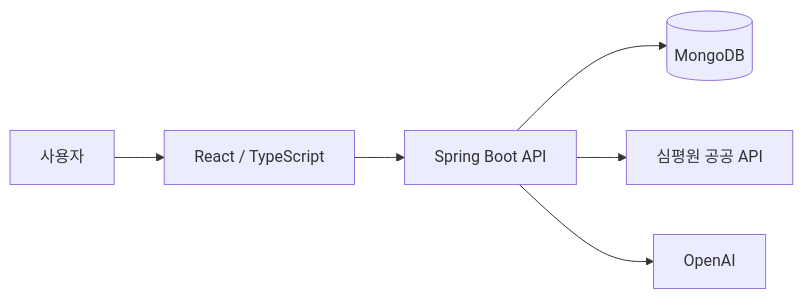
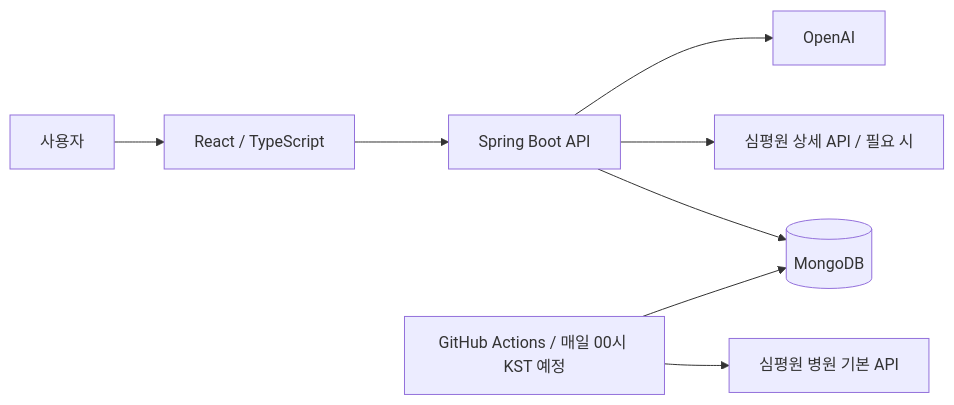
One commit to DavidPark04/hospital-reservation changed the diagram in README.md. Above: the diagram before and after it, drawn with Mermaid. The commit also changed other lines of this file and 19 other files, not shown here.

````diff
--- a/README.md
+++ b/README.md
@@ -60,8 +61,10 @@
 ```mermaid
 flowchart LR
     User[사용자] --> FE[React / TypeScript]
     FE --> BE[Spring Boot API]
     BE --> DB[(MongoDB)]
-    BE --> Public[심평원 공공 API]
+    BE --> Detail[심평원 상세 API / 필요 시]
+    Sync[GitHub Actions / 매일 00시 KST 예정] --> Basic[심평원 병원 기본 API]
+    Sync --> DB
     BE --> AI[OpenAI]
 ```
````
